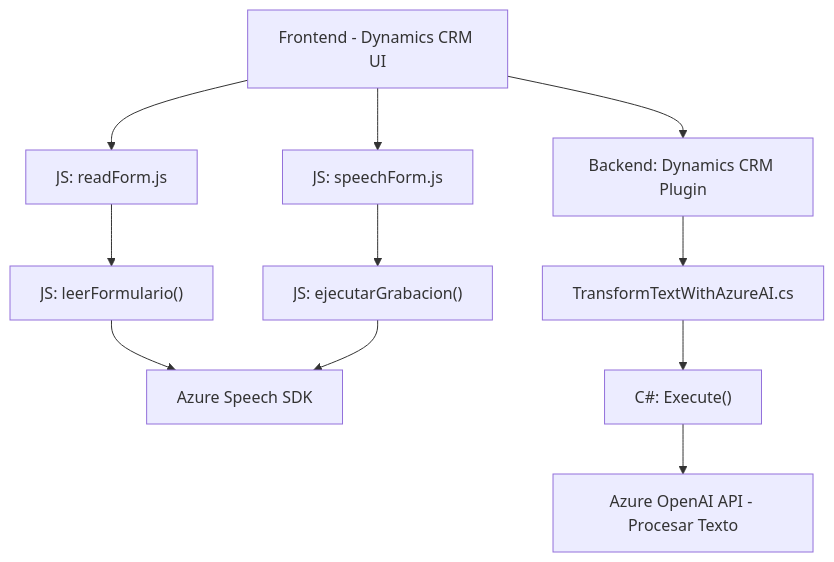
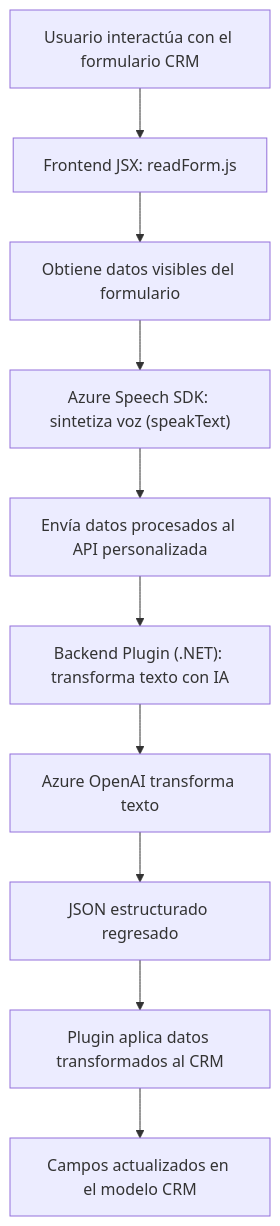
One commit to blopezdm/NETCORE_BILBAO2025 changed the diagram in README.md. Above: the diagram before and after it, drawn with Mermaid. The commit also changed other lines of this file, not shown here.

Commit message:
Actualizar análisis global de la solución con IA

````diff
--- a/README.md
+++ b/README.md
@@ -58,14 +38,12 @@
 ```mermaid
 graph TD
-  A["Frontend - Dynamics CRM UI"] --> B["JS: readForm.js"]
-  B --> C["JS: leerFormulario()"]
-  C --> D["Azure Speech SDK"]
-  A --> E["JS: speechForm.js"]
-  E --> F["JS: ejecutarGrabacion()"]
-  F --> D
-
-  A --> G["Backend: Dynamics CRM Plugin"]
-  G --> H["TransformTextWithAzureAI.cs"]
-  H --> I["C#: Execute()"]
-  I --> J["Azure OpenAI API - Procesar Texto"]
+    A["Usuario interactúa con el formulario CRM"] --> B["Frontend JSX: readForm.js"]
+    B --> C["Obtiene datos visibles del formulario"]
+    C --> D["Azure Speech SDK: sintetiza voz (speakText)"]
+    D --> E["Envía datos procesados al API personalizada"]
+    E --> F["Backend Plugin (.NET): transforma texto con IA"]
+    F --> G["Azure OpenAI transforma texto"]
+    G --> H["JSON estructurado regresado"]
+    H --> I["Plugin aplica datos transformados al CRM"]
+    I --> J["Campos actualizados en el modelo CRM"]
 ```
````
